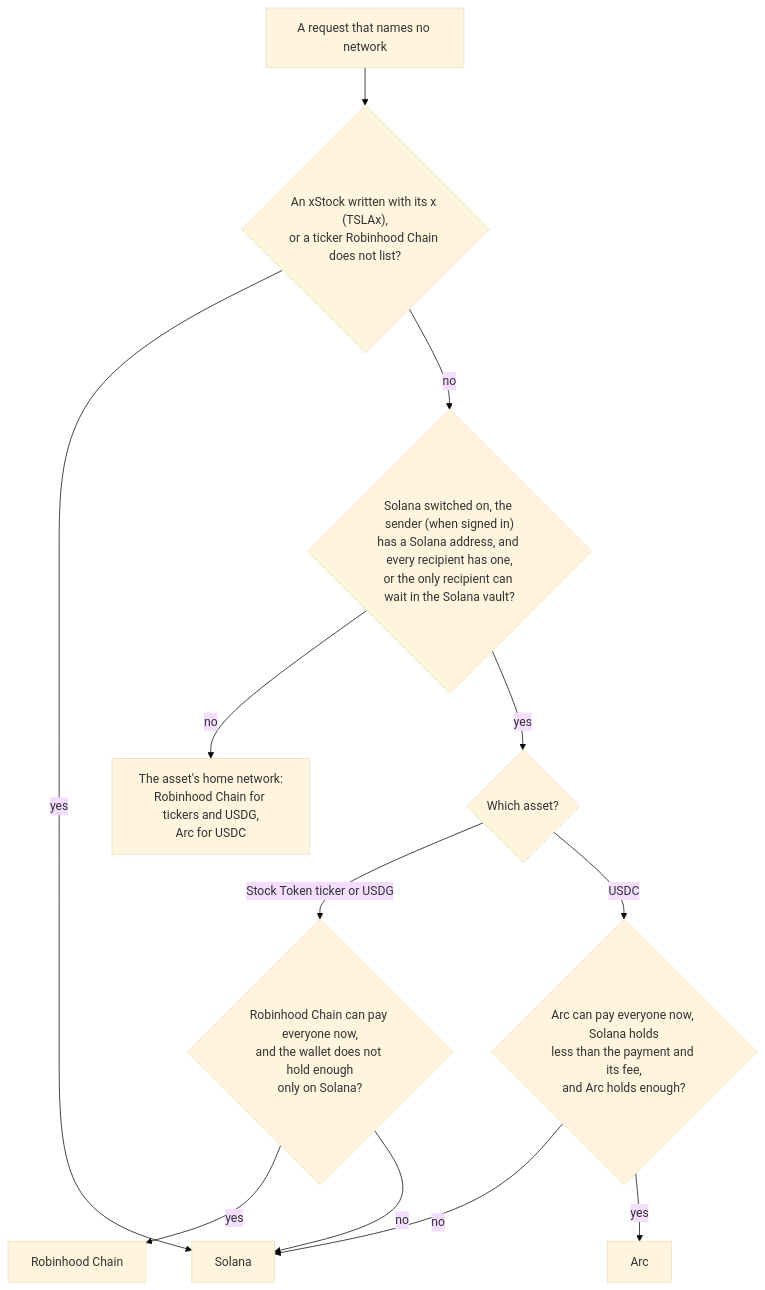
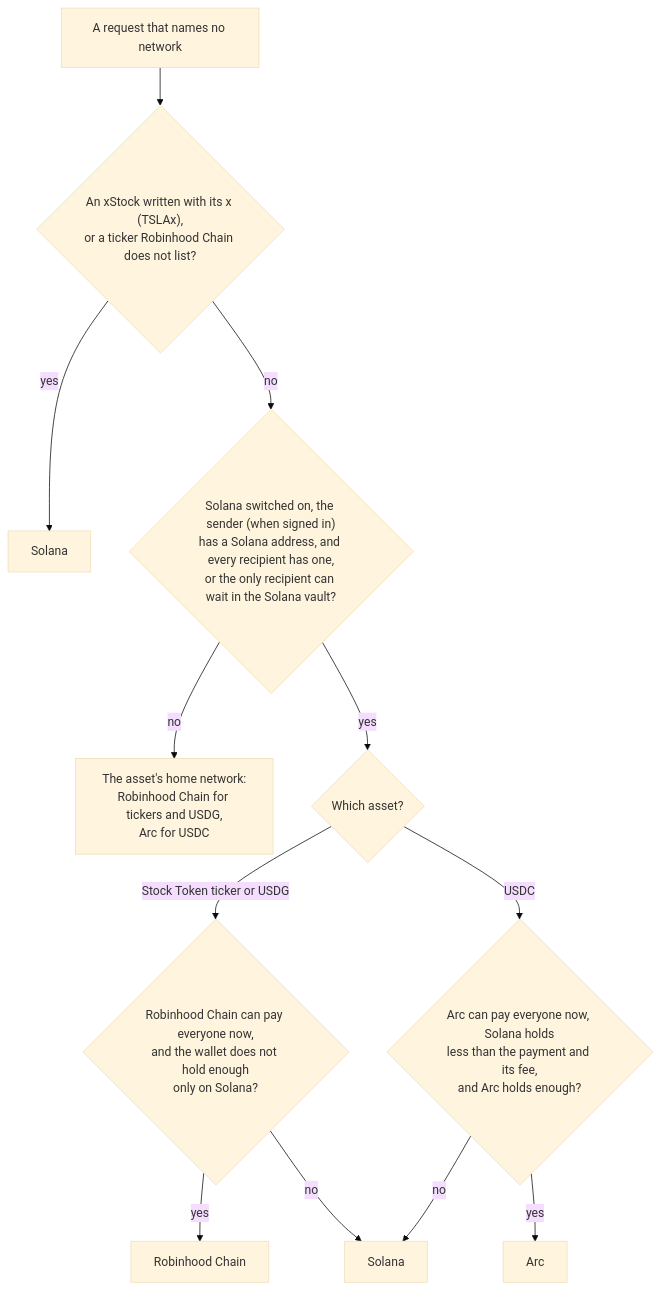
Before and after one commit to furkan3152/HaPaPay: the third of 4 diagrams in README.md, drawn with Mermaid (base theme). The commit also changed other lines of this file and 16 other files, not shown here.

````diff
--- a/README.md
+++ b/README.md
@@ -174,14 +177,14 @@
 ```mermaid
 flowchart TD
     Q["A request that names no network"] --> X{"An xStock written with its x (TSLAx),<br/>or a ticker Robinhood Chain does not list?"}
-    X -->|yes| SOL["Solana"]
+    X -->|yes| SOLX["Solana"]
     X -->|no| G{"Solana switched on, the sender (when signed in)<br/>has a Solana address, and every recipient has one,<br/>or the only recipient can wait in the Solana vault?"}
     G -->|no| HOME["The asset's home network:<br/>Robinhood Chain for tickers and USDG,<br/>Arc for USDC"]
     G -->|yes| A{"Which asset?"}
     A -->|"Stock Token ticker or USDG"| RH{"Robinhood Chain can pay everyone now,<br/>and the wallet does not hold enough<br/>only on Solana?"}
     RH -->|yes| RHC["Robinhood Chain"]
-    RH -->|no| SOL
+    RH -->|no| SOL["Solana"]
     A -->|USDC| U{"Arc can pay everyone now, Solana holds<br/>less than the payment and its fee,<br/>and Arc holds enough?"}
     U -->|no| SOL
     U -->|yes| ARC["Arc"]
 ```
````
